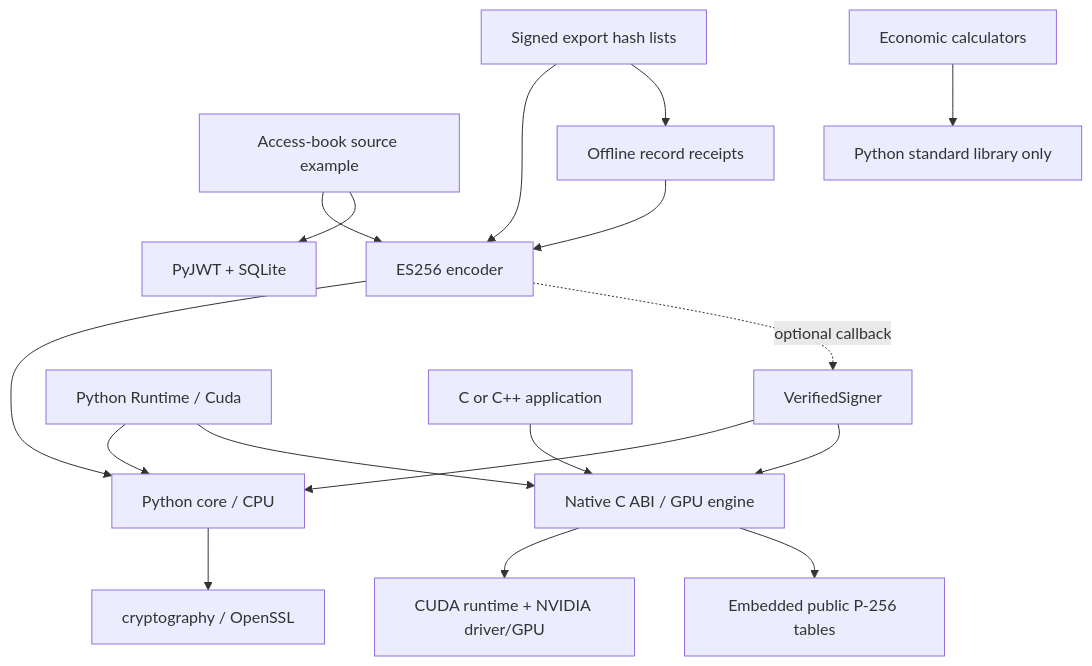
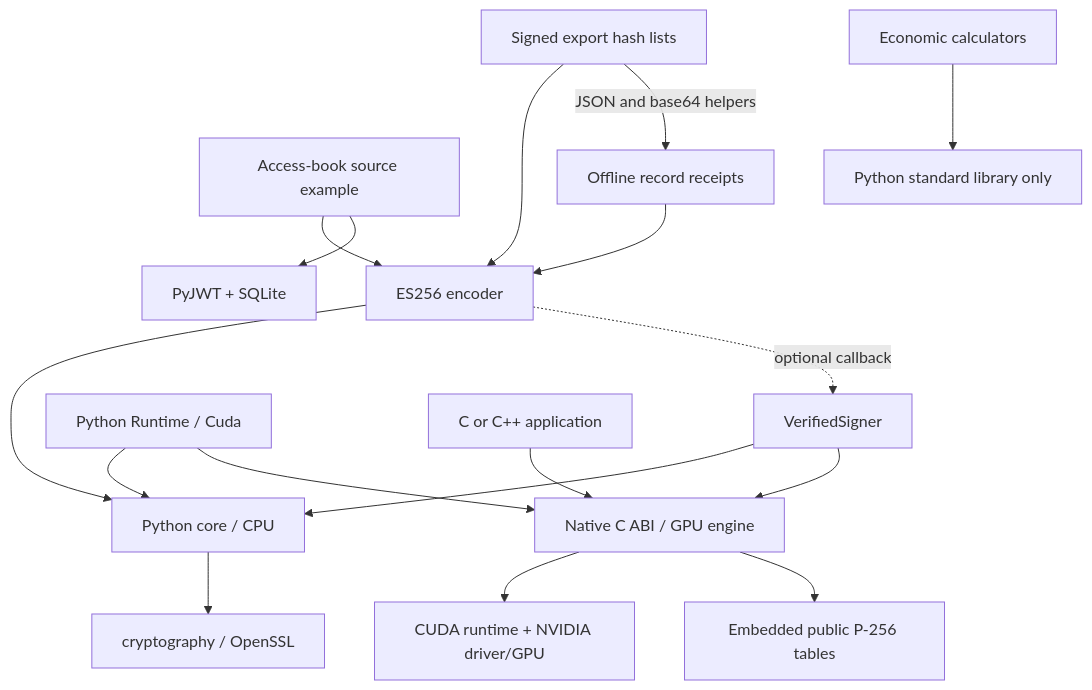
The diagram in docs/COMPONENTS.md (Topcat-d/gpu-batch-crypto), drawn with Mermaid before and after one commit. The commit also changed 7 other files, not shown here.

````diff
--- a/docs/COMPONENTS.md
+++ b/docs/COMPONENTS.md
@@ -34,19 +34,19 @@
 ```mermaid
 flowchart TD
     APP["Access-book source example"] --> JWS["ES256 encoder"]
     APP --> JWT["PyJWT + SQLite"]
     RECEIPT["Offline record receipts"] --> JWS
     MANIFEST["Signed export hash lists"] --> JWS
-    MANIFEST --> RECEIPT
+    MANIFEST -->|JSON and base64 helpers| RECEIPT
     JWS --> CORE["Python core / CPU"]
     JWS -. "optional callback" .-> GUARD["VerifiedSigner"]
     GUARD --> CORE
     CORE --> CRYPTO["cryptography / OpenSSL"]
     GUARD --> SDK["Native C ABI / GPU engine"]
     RUNTIME["Python Runtime / Cuda"] --> CORE
     RUNTIME --> SDK
     C["C or C++ application"] --> SDK
     SDK --> CUDA["CUDA runtime + NVIDIA driver/GPU"]
     SDK --> TABLES["Embedded public P-256 tables"]
     CALC["Economic calculators"] --> STD["Python standard library only"]
 ```
````
